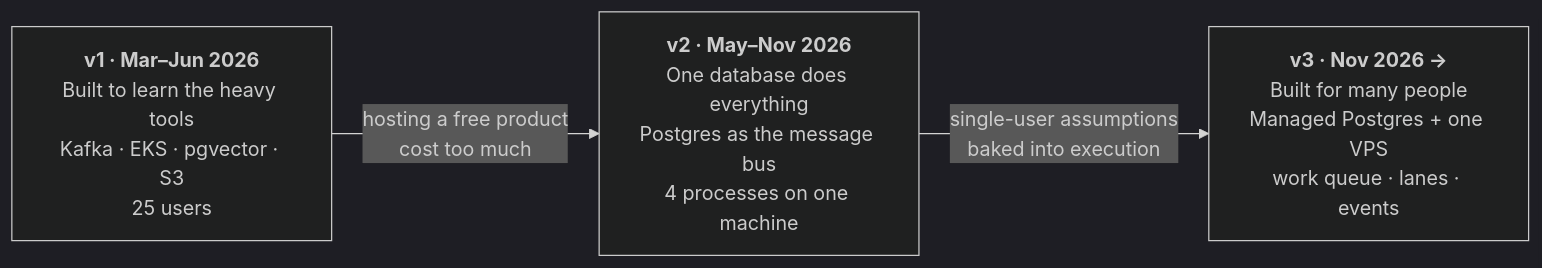
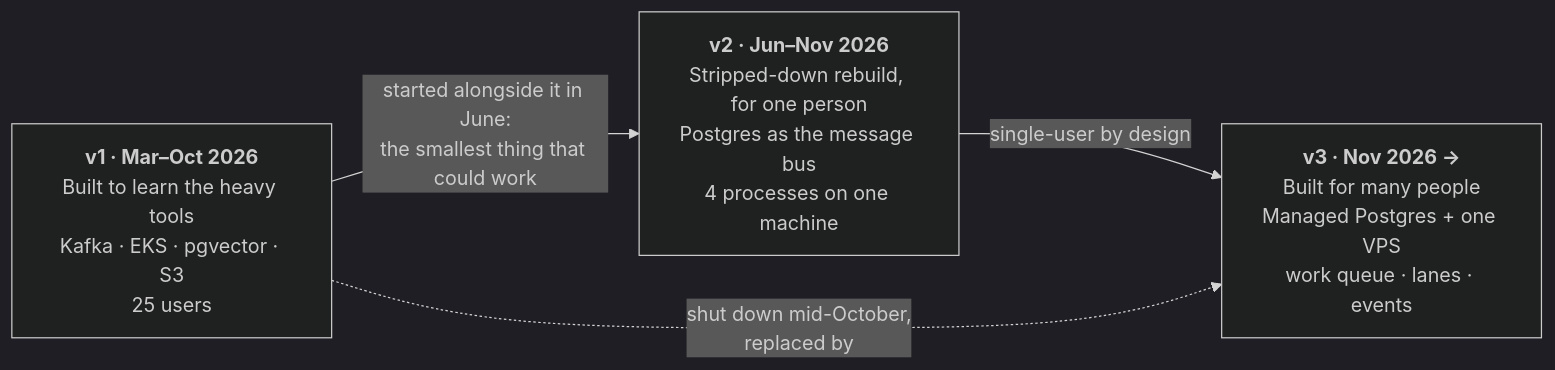
The diagram in README.md (arnavramidi/demp-architecture), drawn with Mermaid (dark theme) before and after one commit. The commit also changed other lines of this file and 4 other files, not shown here.

First line of the commit message:
docs: v1 ran until mid-October; v2 was a single-user rebuild started alongside it

````diff
--- a/README.md
+++ b/README.md
@@ -15,8 +15,9 @@
 ```mermaid
 flowchart LR
-    V1["<b>v1 · Mar–Jun 2026</b><br/>Built to learn the heavy tools<br/>Kafka · EKS · pgvector · S3<br/>25 users"]
-    V2["<b>v2 · May–Nov 2026</b><br/>One database does everything<br/>Postgres as the message bus<br/>4 processes on one machine"]
+    V1["<b>v1 · Mar–Oct 2026</b><br/>Built to learn the heavy tools<br/>Kafka · EKS · pgvector · S3<br/>25 users"]
+    V2["<b>v2 · Jun–Nov 2026</b><br/>Stripped-down rebuild, for one person<br/>Postgres as the message bus<br/>4 processes on one machine"]
     V3["<b>v3 · Nov 2026 →</b><br/>Built for many people<br/>Managed Postgres + one VPS<br/>work queue · lanes · events"]
-    V1 -- "hosting a free product<br/>cost too much" --> V2
-    V2 -- "single-user assumptions<br/>baked into execution" --> V3
+    V1 -- "started alongside it in June:<br/>the smallest thing that could work" --> V2
+    V2 -- "single-user by design" --> V3
+    V1 -. "shut down mid-October,<br/>replaced by" .-> V3
 ```
````
